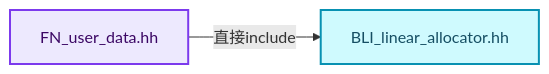
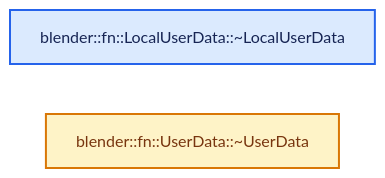
The second of 4 diagrams in 杂/markdown/全面学习-codex/09-LazyFunction与节点执行架构/04-Context与执行状态.md (yunkezengren/blender-.vscode), drawn with Mermaid before and after one commit. The commit also changed other lines of this file and 1930 other files, not shown here.

````diff
--- a/杂/markdown/全面学习-codex/09-LazyFunction与节点执行架构/04-Context与执行状态.md
+++ b/杂/markdown/全面学习-codex/09-LazyFunction与节点执行架构/04-Context与执行状态.md
@@ -86,12 +46,11 @@
 ```mermaid
 flowchart LR
-  S["FN_user_data.hh"]:::abstraction
-  I0["BLI_linear_allocator.hh"]:::data
-  S -->|"直接include"| I0
+  F0["blender::fn::LocalUserData::~LocalUserData"]:::input
+  F1["blender::fn::UserData::~UserData"]:::compute
   classDef input fill:#DBEAFE,stroke:#2563EB,color:#172554,stroke-width:2px;
   classDef data fill:#CFFAFE,stroke:#0891B2,color:#164E63,stroke-width:2px;
   classDef abstraction fill:#EDE9FE,stroke:#7C3AED,color:#3B0764,stroke-width:2px;
   classDef compute fill:#FEF3C7,stroke:#D97706,color:#78350F,stroke-width:2px;
   classDef result fill:#DCFCE7,stroke:#16A34A,color:#14532D,stroke-width:2px;
   classDef error fill:#FEE2E2,stroke:#DC2626,color:#7F1D1D,stroke-width:2px;
 ```
````
